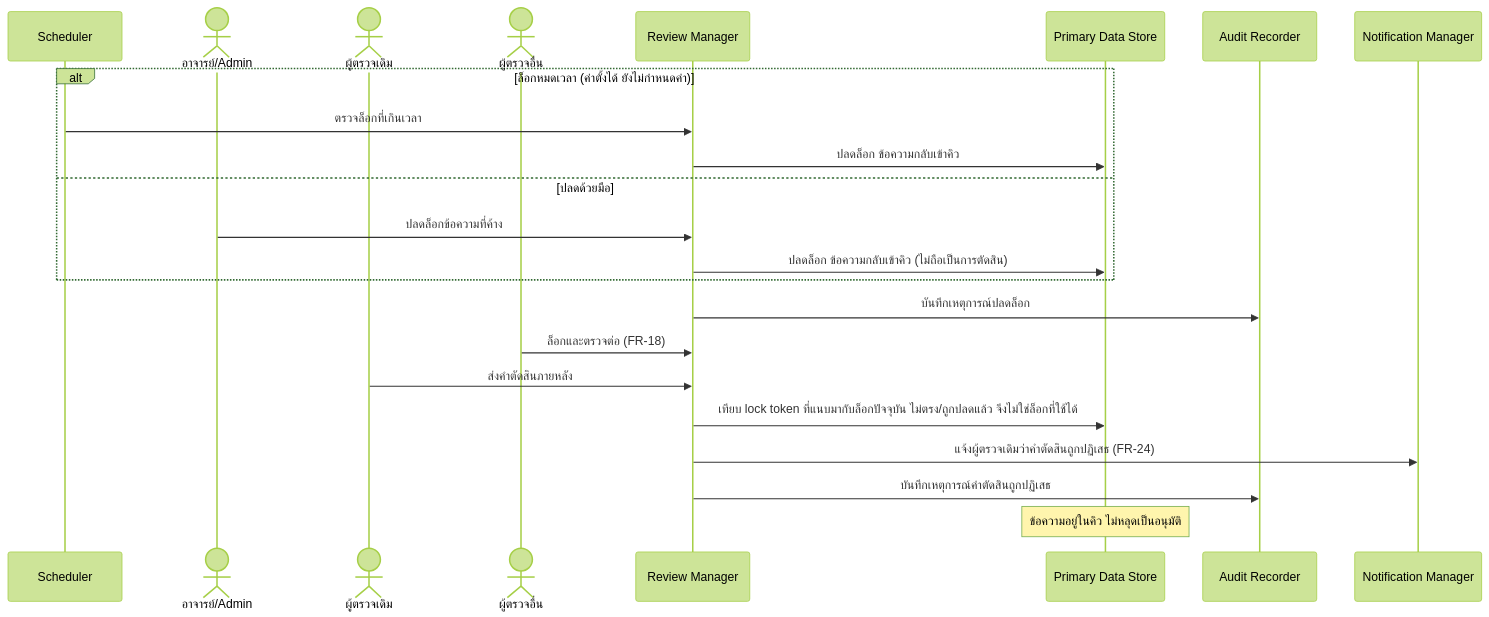
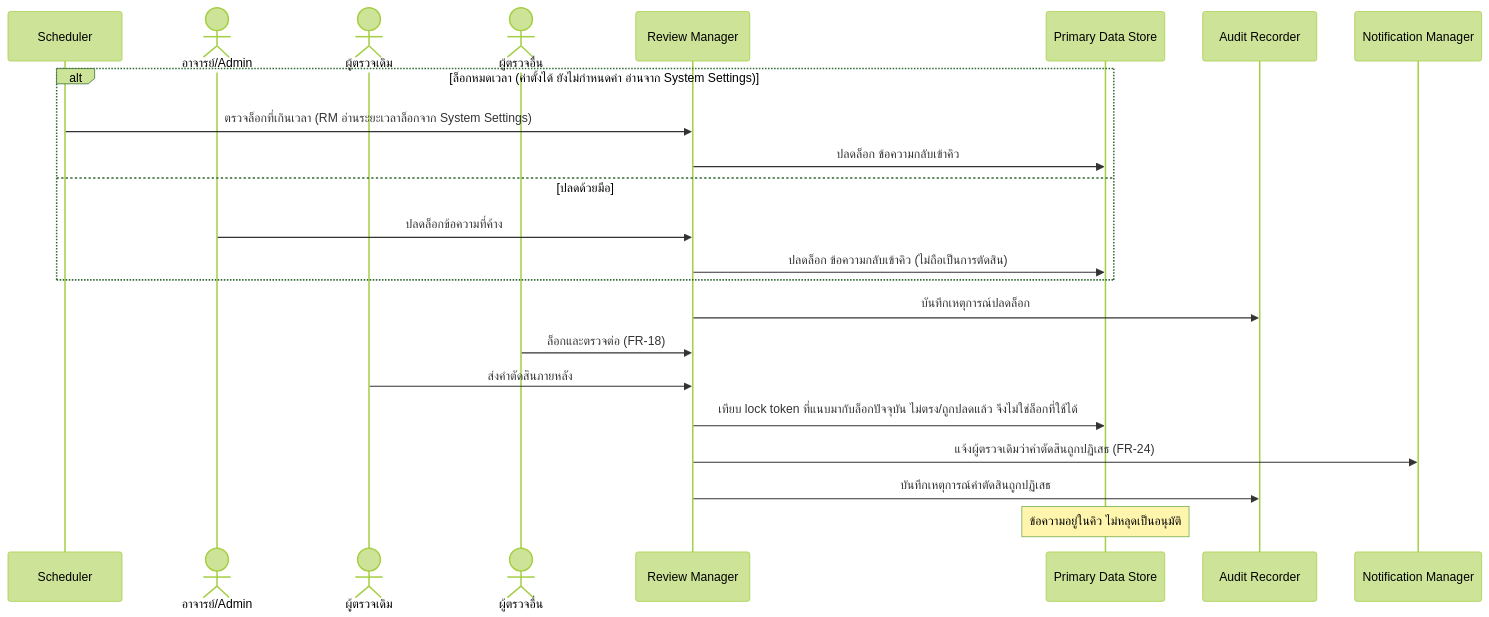
The seventh of 9 diagrams in docs/02-design/02-technical/architecture.md (PAKOSORUS/Grade-Runway-PROJECT3), drawn with Mermaid (forest theme) before and after one commit. The commit also changed other lines of this file and 35 other files, not shown here.

````diff
--- a/docs/02-design/02-technical/architecture.md
+++ b/docs/02-design/02-technical/architecture.md
@@ -275,26 +320,26 @@
 ```mermaid
 sequenceDiagram
     participant SCH as Scheduler
     actor AD as อาจารย์/Admin
     actor RO as ผู้ตรวจเดิม
     actor RN as ผู้ตรวจอื่น
     participant RM as Review Manager
     participant DS as Primary Data Store
     participant AR as Audit Recorder
     participant NM as Notification Manager
 
-    alt ล็อกหมดเวลา (ค่าตั้งได้ ยังไม่กำหนดค่า)
-        SCH->>RM: ตรวจล็อกที่เกินเวลา
+    alt ล็อกหมดเวลา (ค่าตั้งได้ ยังไม่กำหนดค่า อ่านจาก System Settings)
+        SCH->>RM: ตรวจล็อกที่เกินเวลา (RM อ่านระยะเวลาล็อกจาก System Settings)
         RM->>DS: ปลดล็อก ข้อความกลับเข้าคิว
     else ปลดด้วยมือ
         AD->>RM: ปลดล็อกข้อความที่ค้าง
         RM->>DS: ปลดล็อก ข้อความกลับเข้าคิว (ไม่ถือเป็นการตัดสิน)
     end
     RM->>AR: บันทึกเหตุการณ์ปลดล็อก
     RN->>RM: ล็อกและตรวจต่อ (FR-18)
     RO->>RM: ส่งคำตัดสินภายหลัง
     RM->>DS: เทียบ lock token ที่แนบมากับล็อกปัจจุบัน ไม่ตรง/ถูกปลดแล้ว จึงไม่ใช่ล็อกที่ใช้ได้
     RM->>NM: แจ้งผู้ตรวจเดิมว่าคำตัดสินถูกปฏิเสธ (FR-24)
     RM->>AR: บันทึกเหตุการณ์คำตัดสินถูกปฏิเสธ
     Note over DS: ข้อความอยู่ในคิว ไม่หลุดเป็นอนุมัติ
 ```
````
